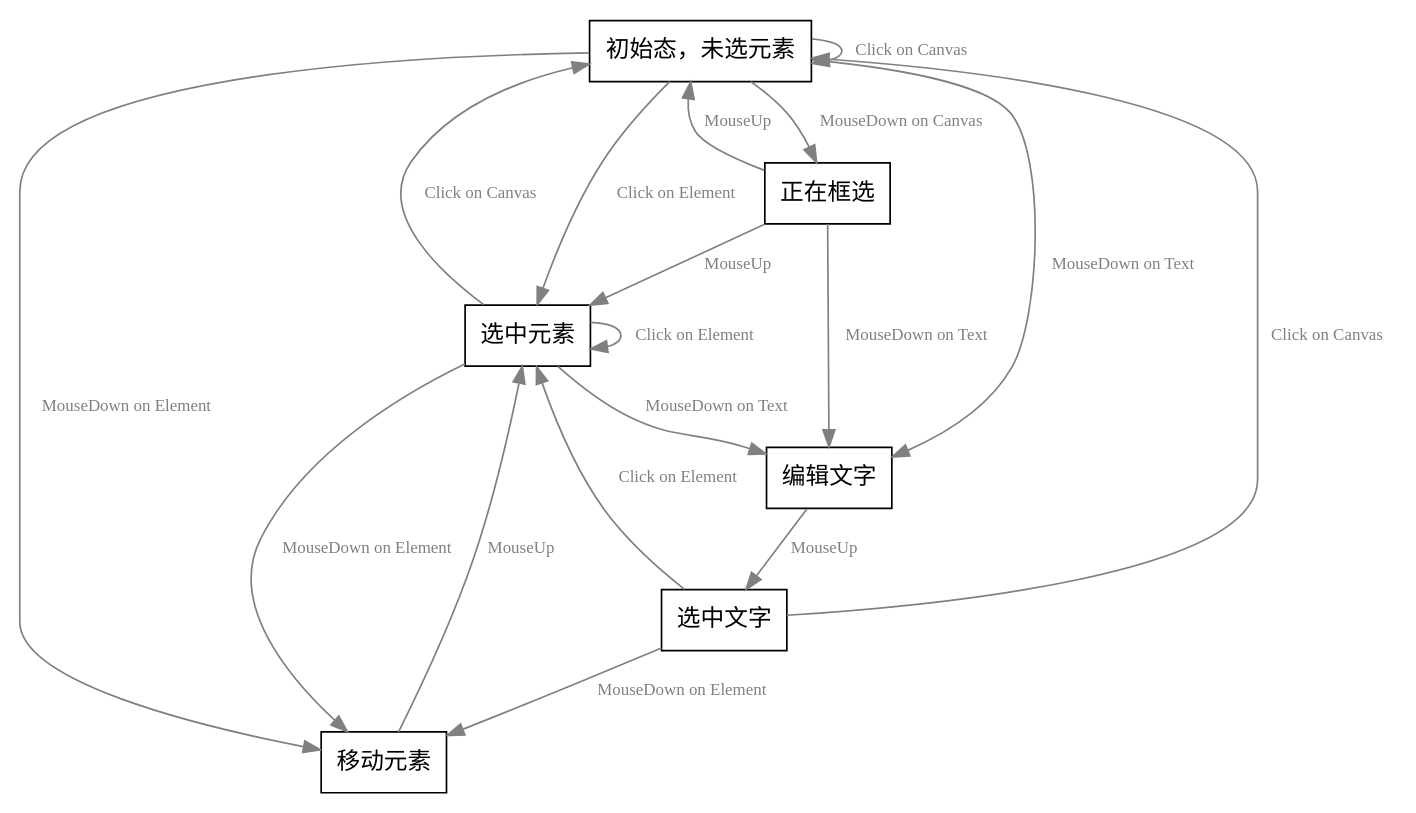
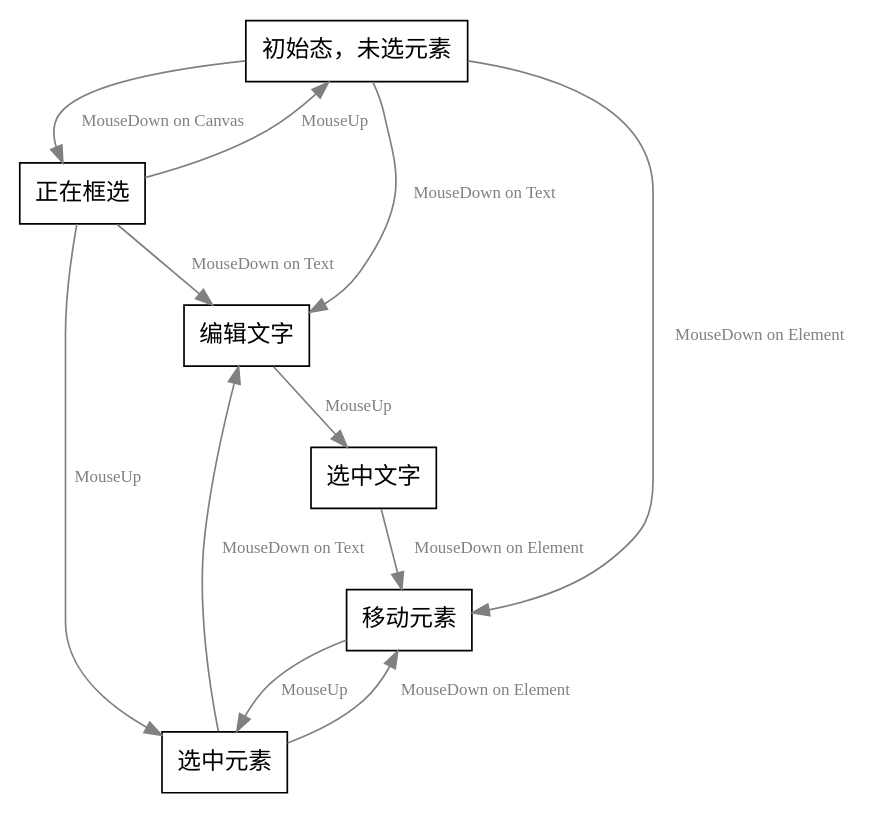
Before and after one commit to renmin/SimplestSlide: the diagram in select-state.dot, drawn with Graphviz.

Commit message:
优化事件。去掉click事件

```diff
--- a/select-state.dot
+++ b/select-state.dot
@@ -1,38 +1,29 @@
 digraph G {
 	node [shape=record]; 
 	edge [fontsize=10, color=gray, fontcolor=gray]
 	
 
 	S0 [
 	 label= "初始态，未选元素"
 	]
 	S1 [
 	 label= "选中元素"
 	]
 
 	Selecting[
 		label="正在框选"
 	]
 	E0 [label="编辑文字"]
 	S_T [label = "选中文字"]
 
 	M1[label="移动元素"]
 
-	S0 -> S0 [label="Click on Canvas"]
-	S1 -> S0 [label="Click on Canvas"]
-
-	S0 -> S1 [label="Click on Element"]
-	S1 -> S1 [label="Click on Element"]
-
-	S_T -> S0 [label="Click on Canvas"]
-	S_T -> S1 [label="Click on Element"]
-
 	{S0,S1,S_T} -> M1 [label="MouseDown on Element"]
 	M1->S1 [label="MouseUp"]
 		
 	S0 -> Selecting [label="MouseDown on Canvas"]
 	Selecting-> {S0,S1} [label="MouseUp"]
 	{S0,S1,Selecting} -> E0 [label="MouseDown on Text"]
 	E0-> S_T [label="MouseUp"]
 
 }
```
